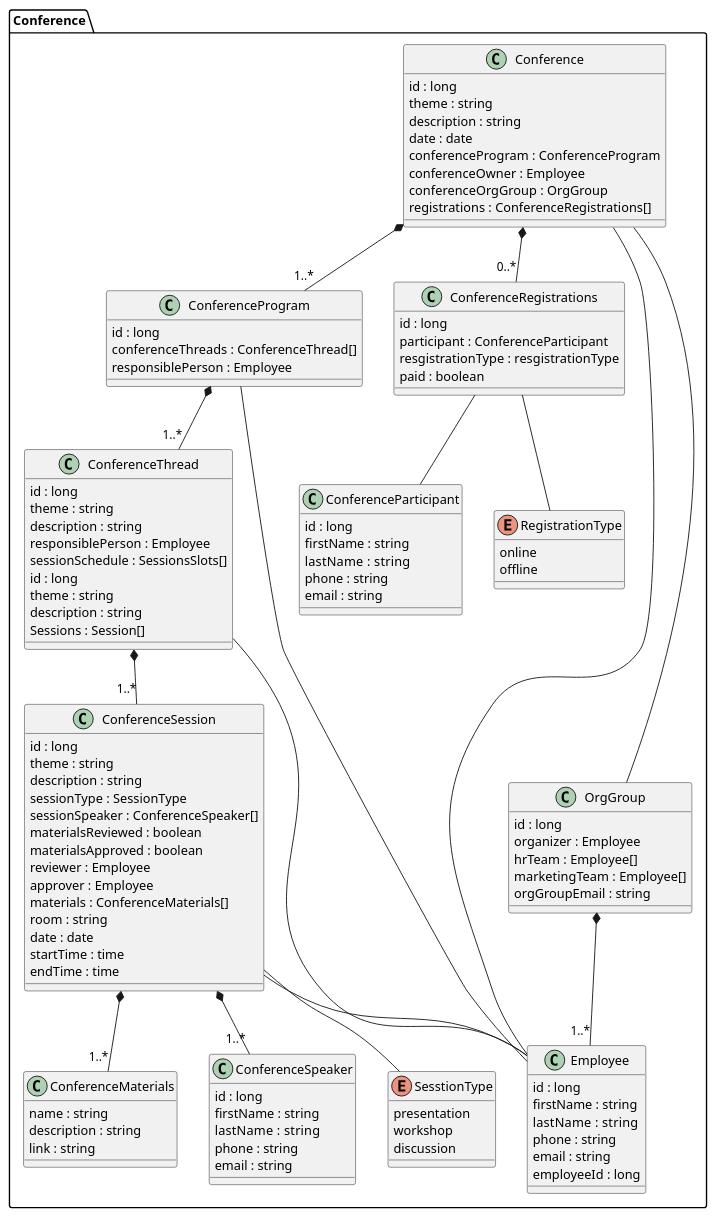
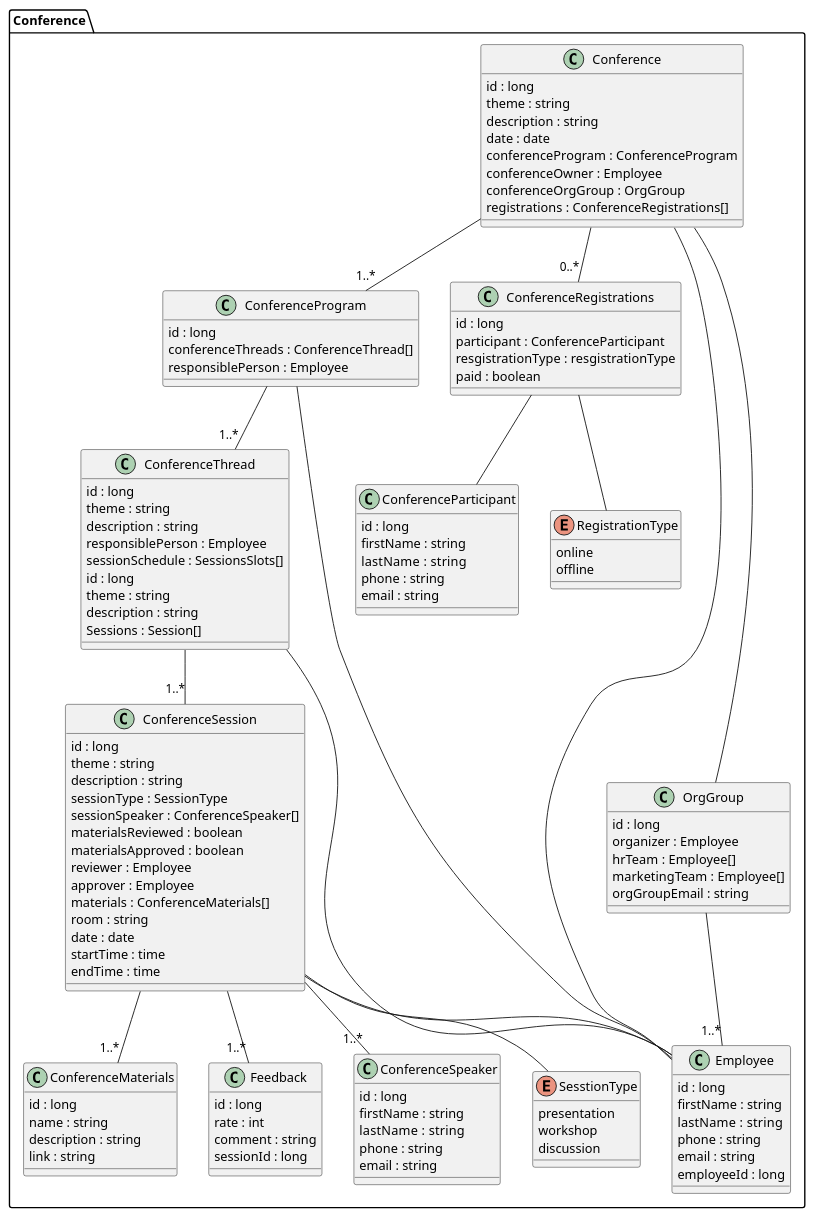
The diagram in docs/data/data.md (nnshalaeva/Architect_School_NNShalaeva), drawn with PlantUML before and after one commit. The commit also changed 1 other file, not shown here.

Commit message:
Сценарии использования
Сценарии использования

```diff
--- a/docs/data/data.md
+++ b/docs/data/data.md
@@ -52,7 +52,15 @@
         endTime : time
     }
 
+    Class Feedback {
+        id : long
+        rate : int 
+        comment : string 
+        sessionId : long 
+    }
+
     Class ConferenceMaterials { 
+        id : long 
         name : string
         description : string 
         link : string
@@ -116,21 +124,22 @@
         offline 
     }
 
-    Conference *-- "1..*" ConferenceProgram
-    ConferenceProgram *-- "1..*" ConferenceThread
-    ConferenceThread *-- "1..*" ConferenceSession
+    Conference -- "1..*" ConferenceProgram
+    ConferenceProgram -- "1..*" ConferenceThread
+    ConferenceThread -- "1..*" ConferenceSession
     ConferenceSession -- SesstionType
     ConferenceRegistrations -- RegistrationType
     Conference -- Employee
     Conference -- OrgGroup
     ConferenceProgram -- Employee
     ConferenceThread -- Employee
-    ConferenceSession *-- "1..*" ConferenceSpeaker
-    ConferenceSession *-- "1..*" ConferenceMaterials
-    Conference  *-- "0..*" ConferenceRegistrations
+    ConferenceSession -- "1..*" ConferenceSpeaker
+    ConferenceSession -- "1..*" ConferenceMaterials
+    Conference  -- "0..*" ConferenceRegistrations
     ConferenceRegistrations -- ConferenceParticipant
     ConferenceSession -- Employee
-    OrgGroup *-- "1..*" Employee
+    OrgGroup -- "1..*" Employee
+    ConferenceSession -- "1..*"  Feedback 
 }
 
 
```
